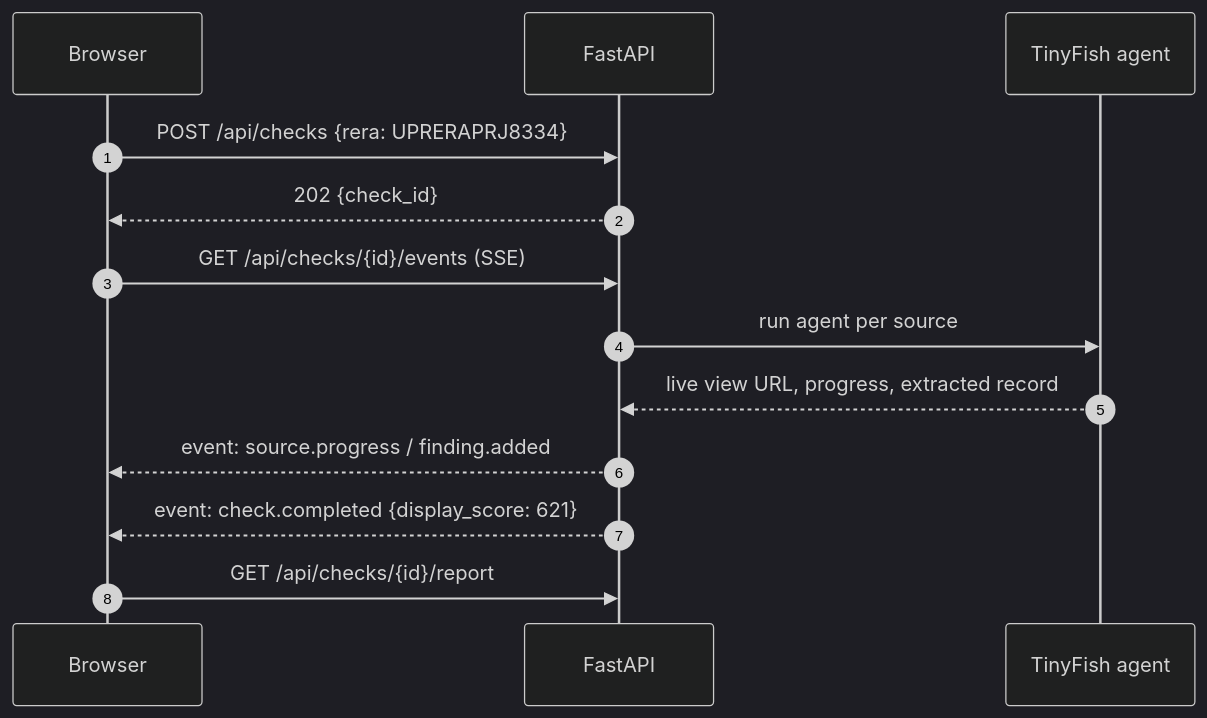
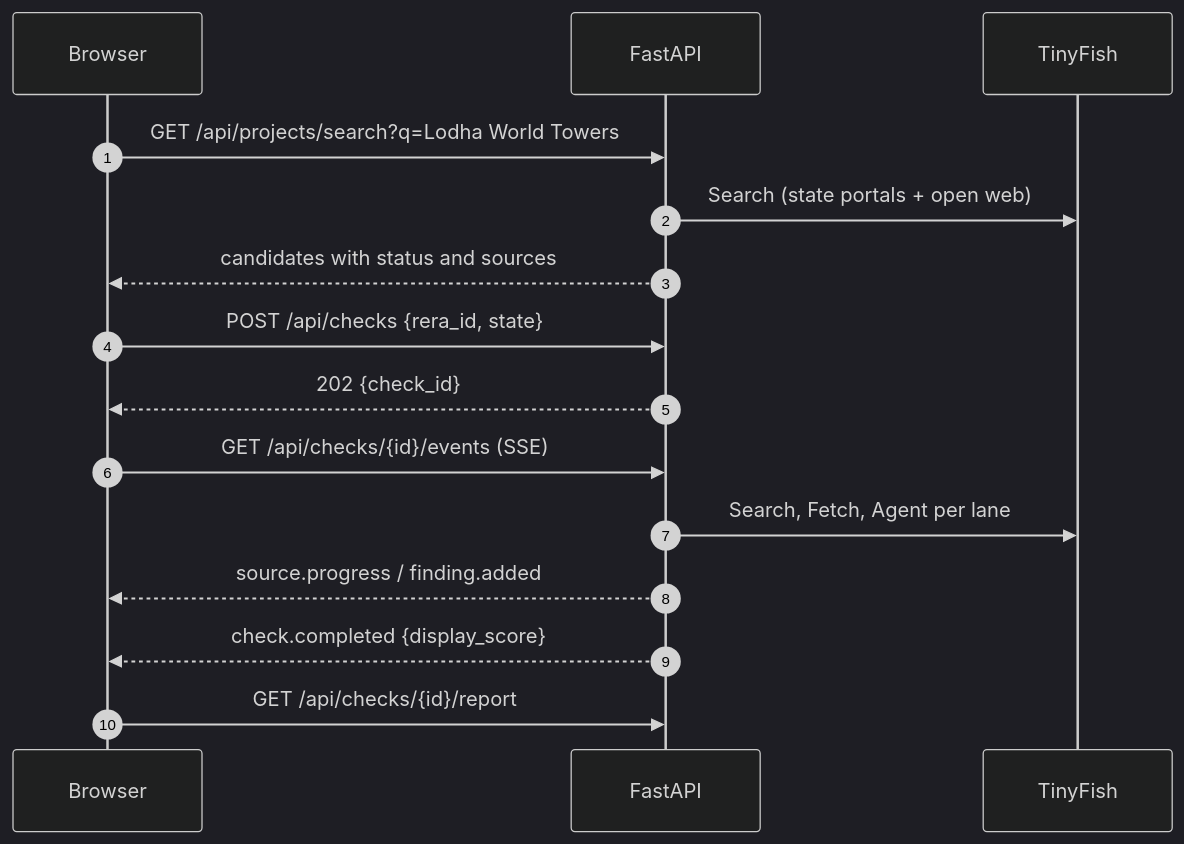
The second of 2 diagrams in README.md (Nitinmittal373/HACKATHON_IIIT-DELHI_2026), drawn with Mermaid (dark theme) before and after one commit. The commit also changed other lines of this file and 23 other files, not shown here.

First line of the commit message:
docs: redesign the README with animated diagrams and the full team

````diff
--- a/README.md
+++ b/README.md
@@ -228,15 +220,17 @@
 ```mermaid
 sequenceDiagram
     autonumber
     participant B as Browser
     participant A as FastAPI
-    participant T as TinyFish agent
-    B->>A: POST /api/checks {rera: UPRERAPRJ8334}
+    participant T as TinyFish
+    B->>A: GET /api/projects/search?q=Lodha World Towers
+    A->>T: Search (state portals + open web)
+    A-->>B: candidates with status and sources
+    B->>A: POST /api/checks {rera_id, state}
     A-->>B: 202 {check_id}
     B->>A: GET /api/checks/{id}/events (SSE)
-    A->>T: run agent per source
-    T-->>A: live view URL, progress, extracted record
-    A-->>B: event: source.progress / finding.added
-    A-->>B: event: check.completed {display_score: 621}
+    A->>T: Search, Fetch, Agent per lane
+    A-->>B: source.progress / finding.added
+    A-->>B: check.completed {display_score}
     B->>A: GET /api/checks/{id}/report
 ```
````
